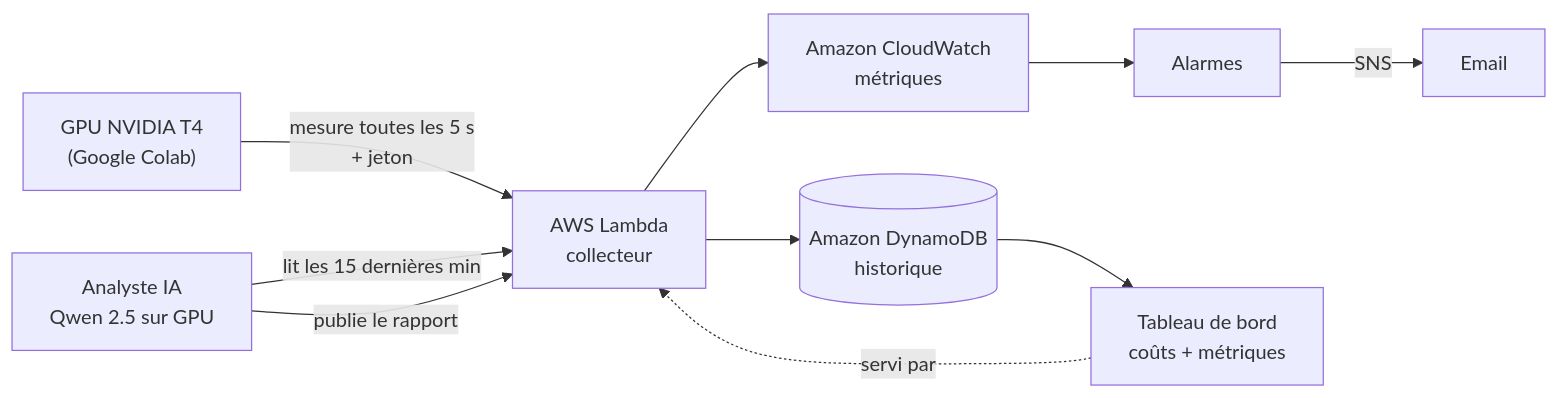
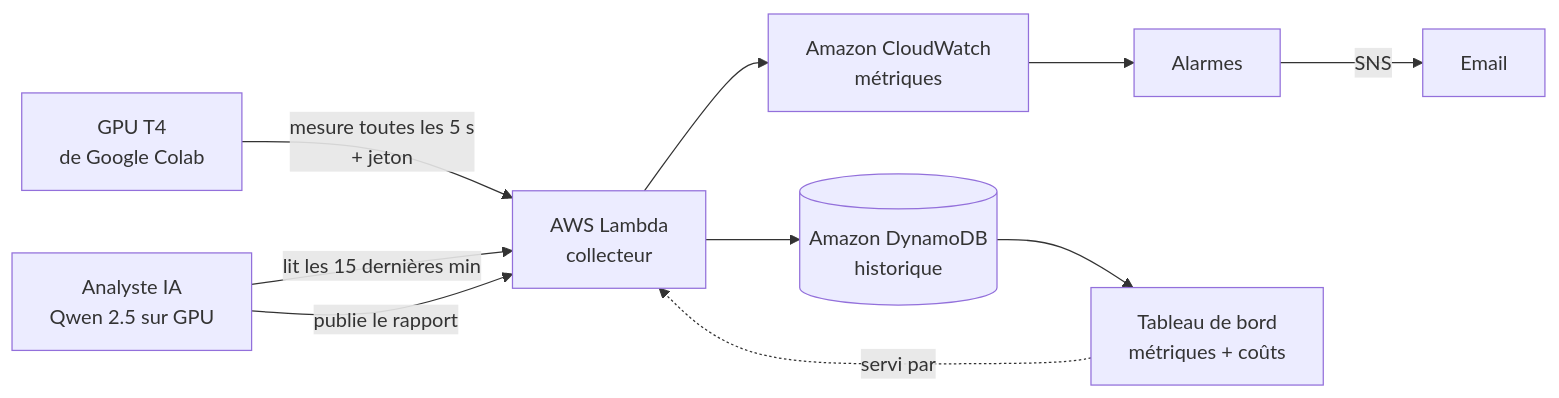
One commit to narimanekahli03/gpu-watch changed the diagram in README.md. Above: the diagram before and after it, drawn with Mermaid. The commit also changed other lines of this file, not shown here.

First line of the commit message:
docs: README centré sur l'état du GPU, coûts en dernier

````diff
--- a/README.md
+++ b/README.md
@@ -25,12 +25,12 @@
 ```mermaid
 flowchart LR
-    A["GPU NVIDIA T4<br/>(Google Colab)"] -->|"mesure toutes les 5 s<br/>+ jeton"| B["AWS Lambda<br/>collecteur"]
+    A["GPU T4<br/>de Google Colab"] -->|"mesure toutes les 5 s<br/>+ jeton"| B["AWS Lambda<br/>collecteur"]
     B --> C[("Amazon DynamoDB<br/>historique")]
     B --> D["Amazon CloudWatch<br/>métriques"]
     D --> E["Alarmes"]
     E -->|SNS| F["Email"]
-    C --> G["Tableau de bord<br/>coûts + métriques"]
+    C --> G["Tableau de bord<br/>métriques + coûts"]
     H["Analyste IA<br/>Qwen 2.5 sur GPU"] -->|"lit les 15 dernières min"| B
     H -->|"publie le rapport"| B
     G -.servi par.-> B
 ```
````
